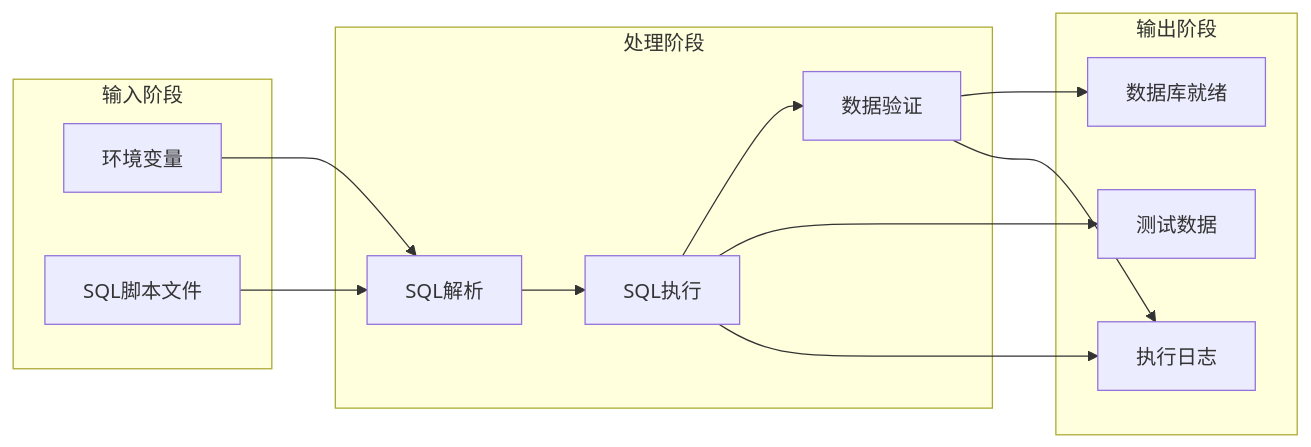
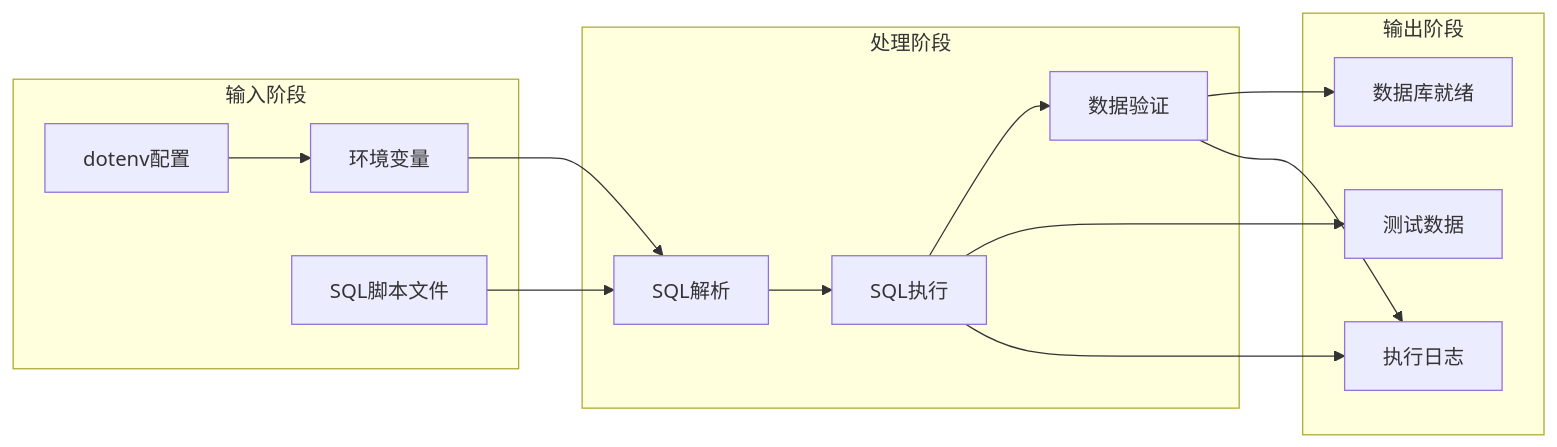
One commit to lane6008/fileTest changed the eighth of 9 diagrams in .qoder/repowiki/zh/content/项目概述.md. Above: the diagram before and after it, drawn with Mermaid. The commit also changed other lines of this file and 2 other files, not shown here.

````diff
--- a/.qoder/repowiki/zh/content/项目概述.md
+++ b/.qoder/repowiki/zh/content/项目概述.md
@@ -273,25 +387,27 @@
 ```mermaid
 flowchart LR
 subgraph "输入阶段"
 Env[环境变量]
 SQLFiles[SQL脚本文件]
+Dotenv[dotenv配置]
 end
 subgraph "处理阶段"
 ParseSQL[SQL解析]
 ExecuteSQL[SQL执行]
 ValidateData[数据验证]
 end
 subgraph "输出阶段"
 DBReady[数据库就绪]
 TestData[测试数据]
 Logs[执行日志]
 end
 Env --> ParseSQL
 SQLFiles --> ParseSQL
+Dotenv --> Env
 ParseSQL --> ExecuteSQL
 ExecuteSQL --> ValidateData
 ValidateData --> DBReady
 ExecuteSQL --> TestData
 ExecuteSQL --> Logs
 ValidateData --> Logs
 ```
````
